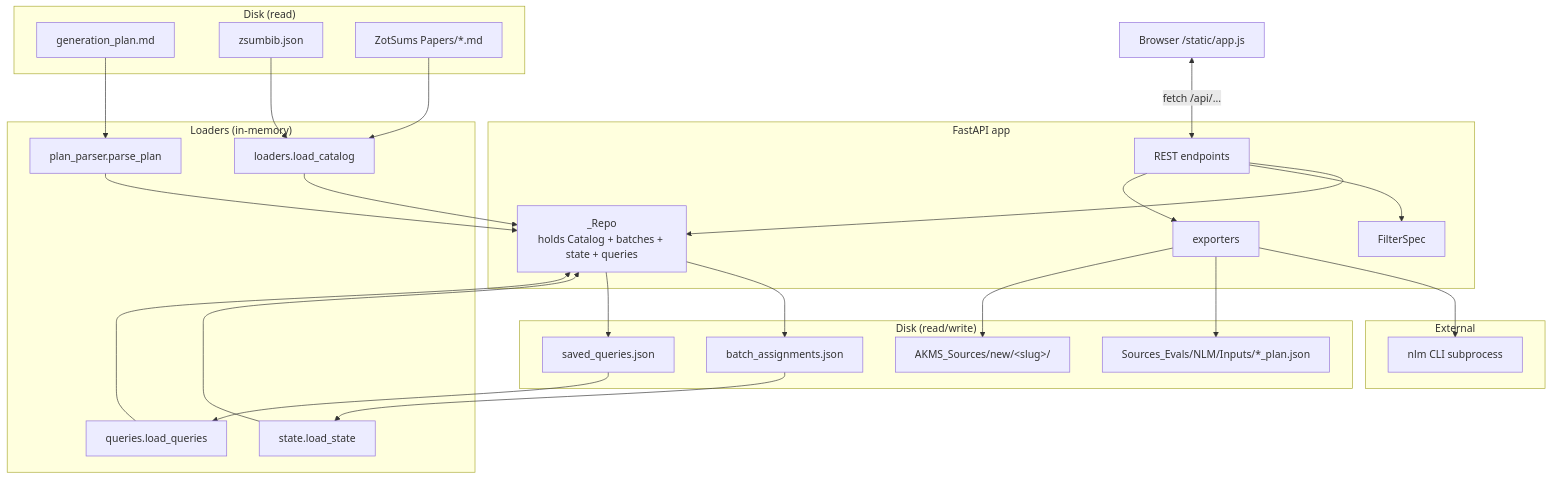
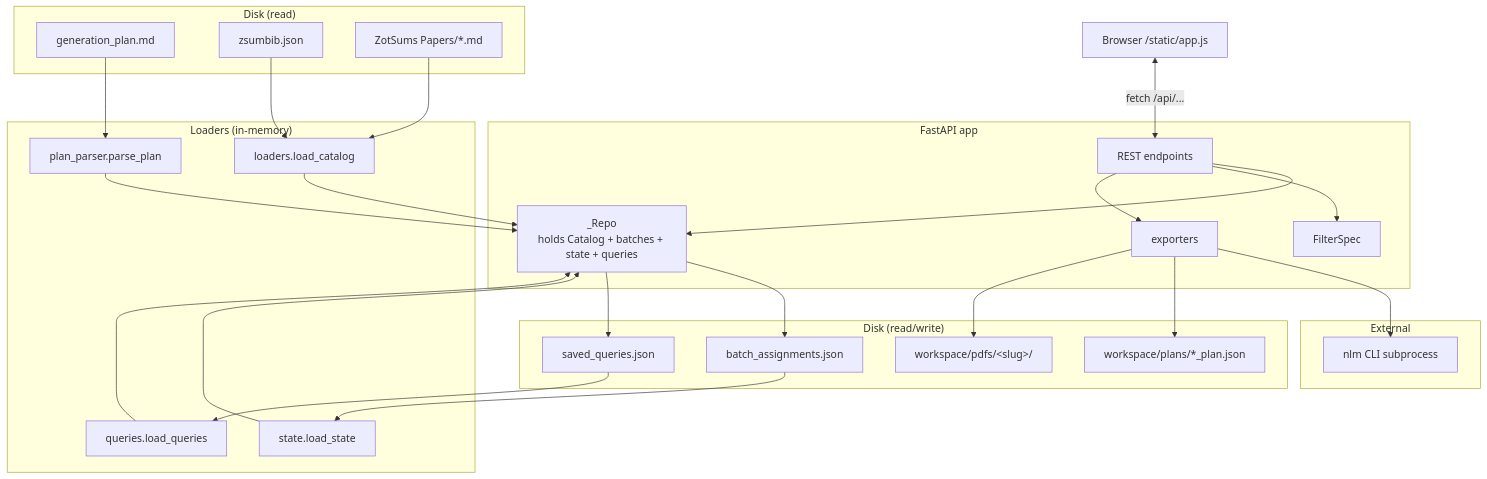
Before and after one commit to CEmM2/AKMS: the first of 3 diagrams in docs/architecture/batch-picker.md, drawn with Mermaid. The commit also changed other lines of this file and 26 other files, not shown here.

````diff
--- a/docs/architecture/batch-picker.md
+++ b/docs/architecture/batch-picker.md
@@ -24,53 +24,53 @@
 ```mermaid
 flowchart TD
     subgraph "Disk (read)"
       P[generation_plan.md]
       B[zsumbib.json]
       Z[ZotSums Papers/*.md]
     end
 
     subgraph "Disk (read/write)"
       S[batch_assignments.json]
       Q[saved_queries.json]
-      I[Sources_Evals/NLM/Inputs/*_plan.json]
-      A[AKMS_Sources/new/&lt;slug&gt;/]
+      I[workspace/plans/*_plan.json]
+      A[workspace/pdfs/&lt;slug&gt;/]
     end
 
     subgraph "Loaders (in-memory)"
       PP[plan_parser.parse_plan]
       LD[loaders.load_catalog]
       ST[state.load_state]
       QS[queries.load_queries]
     end
 
     subgraph "FastAPI app"
       RP[_Repo<br/>holds Catalog + batches + state + queries]
       EP[REST endpoints]
       FS[FilterSpec]
       EX[exporters]
     end
 
     subgraph "External"
       NLM[nlm CLI subprocess]
     end
 
     P --> PP
     B --> LD
     Z --> LD
     S --> ST
     Q --> QS
     PP --> RP
     LD --> RP
     ST --> RP
     QS --> RP
 
     UI[Browser /static/app.js] <-->|fetch /api/...| EP
     EP --> RP
     EP --> FS
     EP --> EX
     EX --> NLM
     EX --> I
     EX --> A
     RP --> S
     RP --> Q
 ```
````
